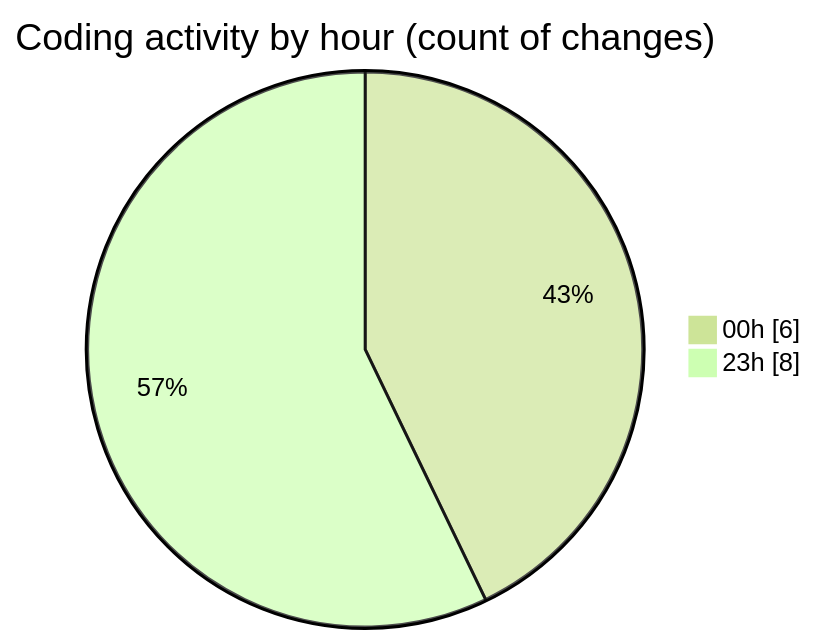
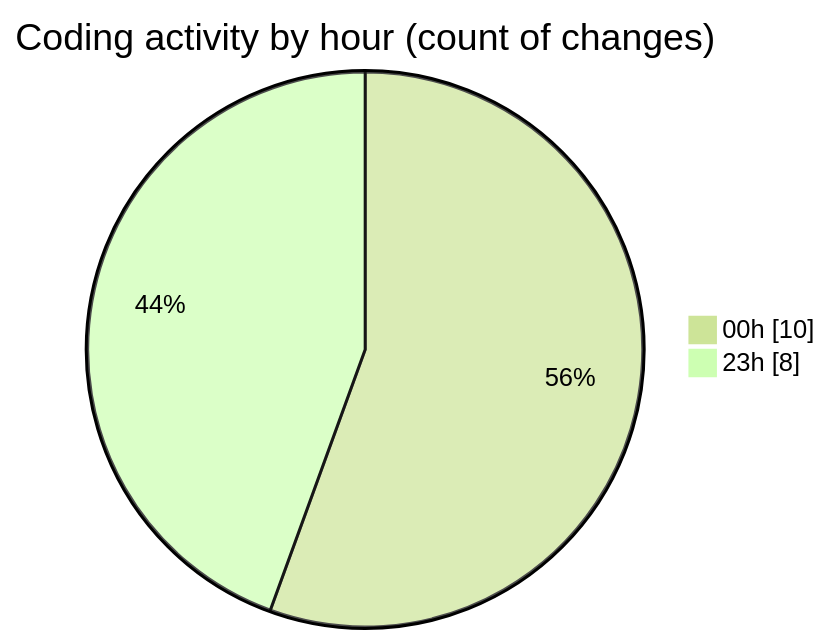
One commit to julien-gomy/code-tracking changed the second of 2 diagrams in 2025-11-18/cdp_aleoudev_fr__workspace_/README.md. Above: the diagram before and after it, drawn with Mermaid (forest theme). The commit also changed other lines of this file and 1 other file, not shown here.

````diff
--- a/2025-11-18/cdp_aleoudev_fr__workspace_/README.md
+++ b/2025-11-18/cdp_aleoudev_fr__workspace_/README.md
@@ -32,6 +33,6 @@
 ```mermaid
 pie showData
 title Coding activity by hour (count of changes)
-"00h" : 6
+"00h" : 10
 "23h" : 8
 ```
````
